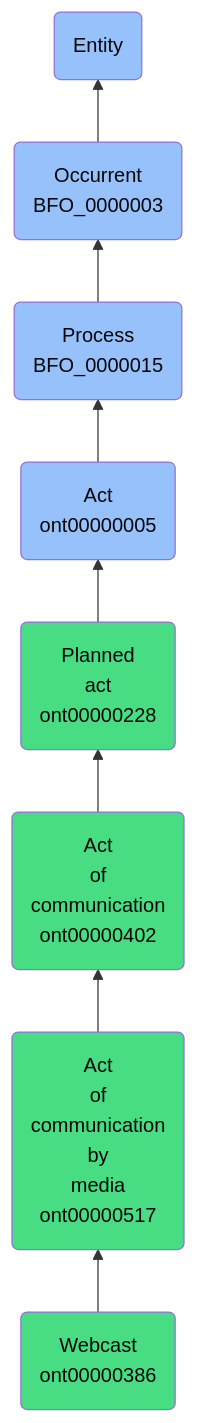
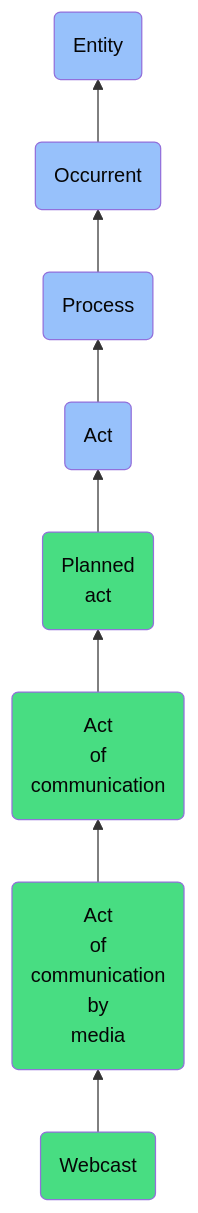
One commit to jupyter-naas/abi changed the diagram in docs/ontology/reference/model/Entity/Occurrent/Process/Act/Planned act/Act of communication/Act of communication by media/Webcast/Webcast.md. Above: the diagram before and after it, drawn with Mermaid. The commit also changed other lines of this file and 1430 other files, not shown here.

````diff
--- a/docs/ontology/reference/model/Entity/Occurrent/Process/Act/Planned act/Act of communication/Act of communication by media/Webcast/Webcast.md
+++ b/docs/ontology/reference/model/Entity/Occurrent/Process/Act/Planned act/Act of communication/Act of communication by media/Webcast/Webcast.md
@@ -24,15 +24,15 @@
 ```mermaid
 graph BT
-    ont00000386(Webcast<br>ont00000386):::ABI-->ont00000517
-    ont00000517(Act<br>of<br>communication<br>by<br>media<br>ont00000517):::ABI-->ont00000402
-    ont00000402(Act<br>of<br>communication<br>ont00000402):::ABI-->ont00000228
-    ont00000228(Planned<br>act<br>ont00000228):::ABI-->ont00000005
-    ont00000005(Act<br>ont00000005):::BFO-->BFO_0000015
-    BFO_0000015(Process<br>BFO_0000015):::BFO-->BFO_0000003
-    BFO_0000003(Occurrent<br>BFO_0000003):::BFO-->BFO_0000001
+    ont00000386(Webcast):::ABI-->ont00000517
+    ont00000517(Act<br>of<br>communication<br>by<br>media):::ABI-->ont00000402
+    ont00000402(Act<br>of<br>communication):::ABI-->ont00000228
+    ont00000228(Planned<br>act):::ABI-->ont00000005
+    ont00000005(Act):::BFO-->BFO_0000015
+    BFO_0000015(Process):::BFO-->BFO_0000003
+    BFO_0000003(Occurrent):::BFO-->BFO_0000001
     BFO_0000001(Entity):::BFO
     
     classDef BFO fill:#97c1fb,color:#060606
     classDef CCO fill:#e4c51e,color:#060606
     classDef ABI fill:#48DD82,color:#060606
 ```
````
